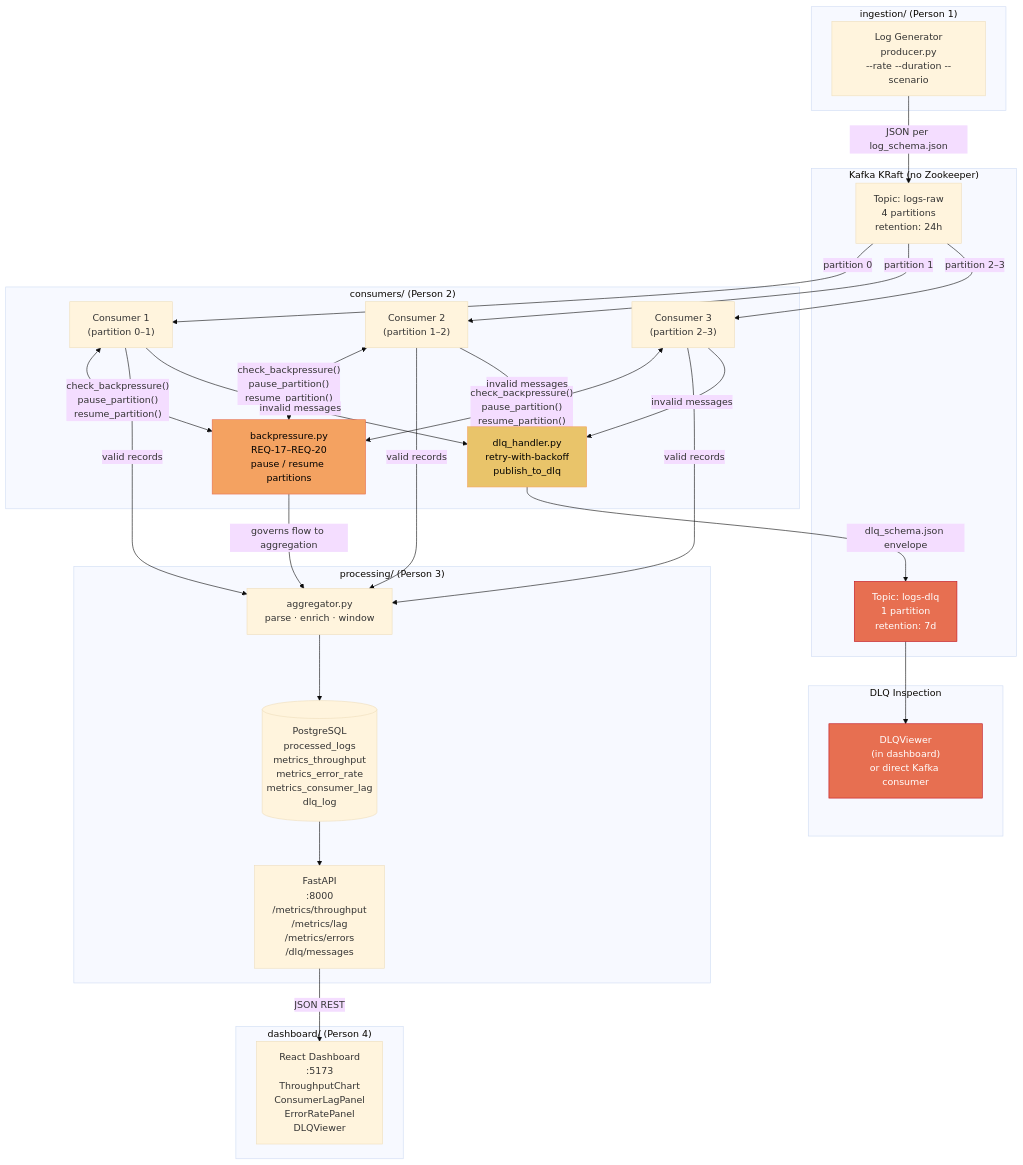
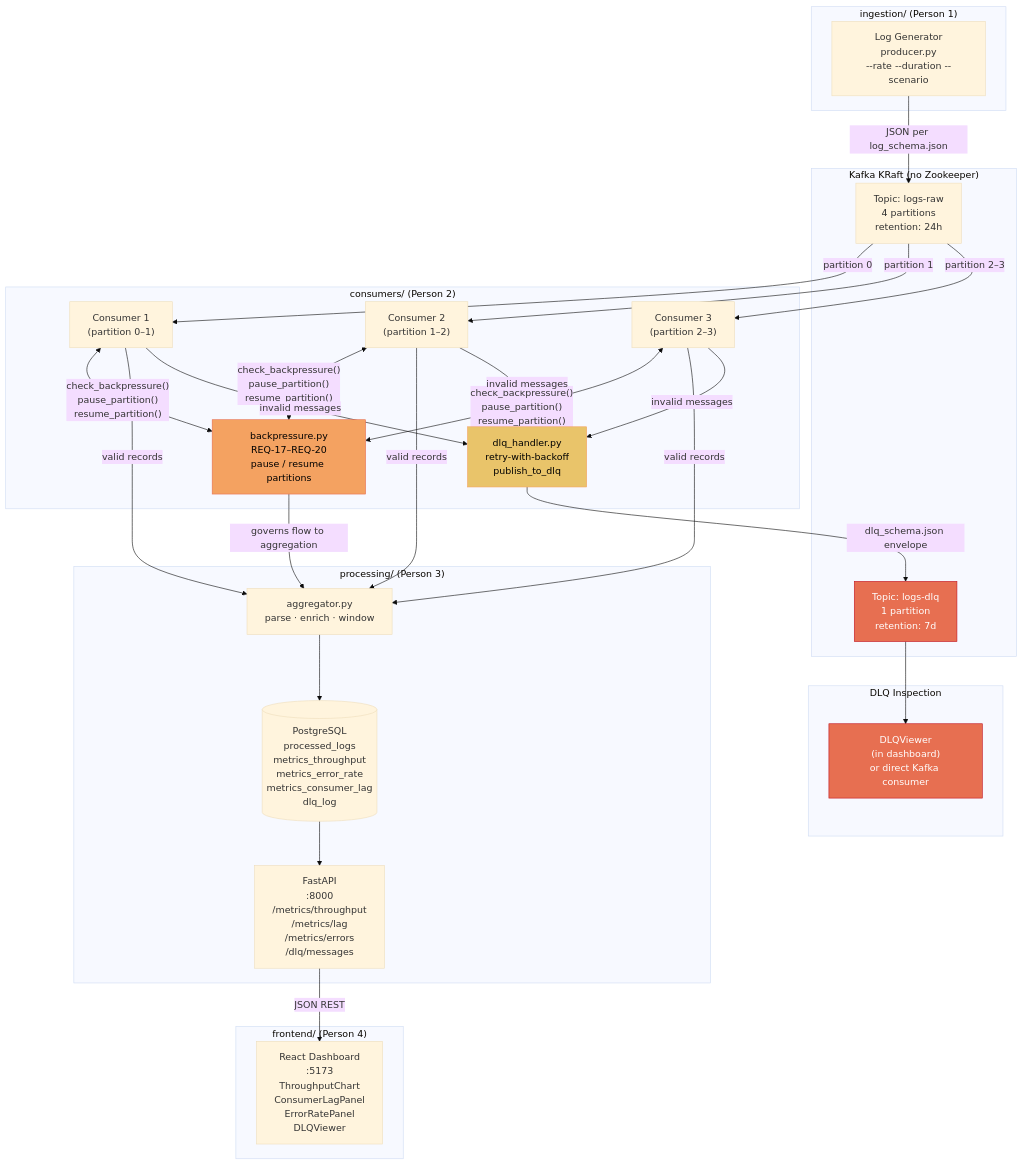
The diagram in README.md (vrinda-054/LogFlow), drawn with Mermaid (base theme) before and after one commit. The commit also changed other lines of this file and 1 other file, not shown here.

Commit message:
Finish Person 3 validation documentation

````diff
--- a/README.md
+++ b/README.md
@@ -13,65 +13,65 @@
 ```mermaid
 flowchart TD
     subgraph ingestion["ingestion/  (Person 1)"]
         A["Log Generator\nproducer.py\n--rate --duration --scenario"]
     end
 
     subgraph kafka["Kafka KRaft (no Zookeeper)"]
         B["Topic: logs-raw\n4 partitions\nretention: 24h"]
         DLQ_TOPIC["Topic: logs-dlq\n1 partition\nretention: 7d"]
     end
 
     subgraph consumers["consumers/  (Person 2)"]
         C1["Consumer 1\n(partition 0–1)"]
         C2["Consumer 2\n(partition 1–2)"]
         C3["Consumer 3\n(partition 2–3)"]
         BP["backpressure.py\nREQ-17–REQ-20\npause / resume partitions"]
         DLQ_H["dlq_handler.py\nretry-with-backoff\npublish_to_dlq"]
     end
 
     subgraph processing["processing/  (Person 3)"]
         AGG["aggregator.py\nparse · enrich · window"]
         DB[("PostgreSQL\nprocessed_logs\nmetrics_throughput\nmetrics_error_rate\nmetrics_consumer_lag\ndlq_log")]
         API["FastAPI\n:8000\n/metrics/throughput\n/metrics/lag\n/metrics/errors\n/dlq/messages"]
     end
 
-    subgraph dashboard["dashboard/  (Person 4)"]
+    subgraph dashboard["frontend/  (Person 4)"]
         REACT["React Dashboard\n:5173\nThroughputChart\nConsumerLagPanel\nErrorRatePanel\nDLQViewer"]
     end
 
     subgraph dlq_inspect["DLQ Inspection"]
         DLQ_VIEW["DLQViewer\n(in dashboard)\nor direct Kafka consumer"]
     end
 
     A -->|"JSON per log_schema.json"| B
     B -->|"partition 0"| C1
     B -->|"partition 1"| C2
     B -->|"partition 2–3"| C3
 
     C1 <-->|"check_backpressure()\npause_partition()\nresume_partition()"| BP
     C2 <-->|"check_backpressure()\npause_partition()\nresume_partition()"| BP
     C3 <-->|"check_backpressure()\npause_partition()\nresume_partition()"| BP
 
     BP -->|"governs flow to aggregation"| AGG
 
     C1 -->|"valid records"| AGG
     C2 -->|"valid records"| AGG
     C3 -->|"valid records"| AGG
 
     C1 -->|"invalid messages"| DLQ_H
     C2 -->|"invalid messages"| DLQ_H
     C3 -->|"invalid messages"| DLQ_H
 
     DLQ_H -->|"dlq_schema.json envelope"| DLQ_TOPIC
 
     AGG --> DB
     DB --> API
     API -->|"JSON REST"| REACT
 
     DLQ_TOPIC --> DLQ_VIEW
 
     style BP fill:#f4a261,stroke:#e76f51,color:#000
     style DLQ_H fill:#e9c46a,stroke:#f4a261,color:#000
     style DLQ_TOPIC fill:#e76f51,stroke:#c1121f,color:#fff
     style DLQ_VIEW fill:#e76f51,stroke:#c1121f,color:#fff
 ```
````
